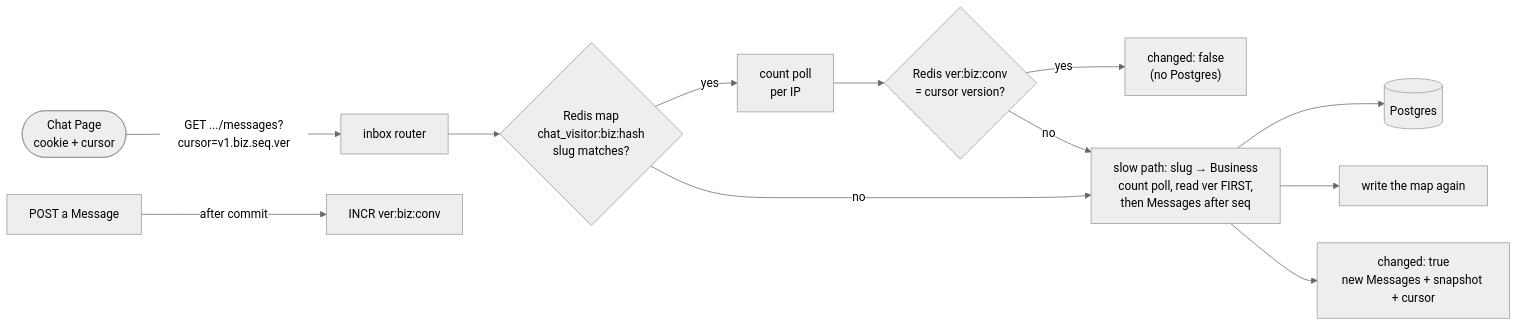
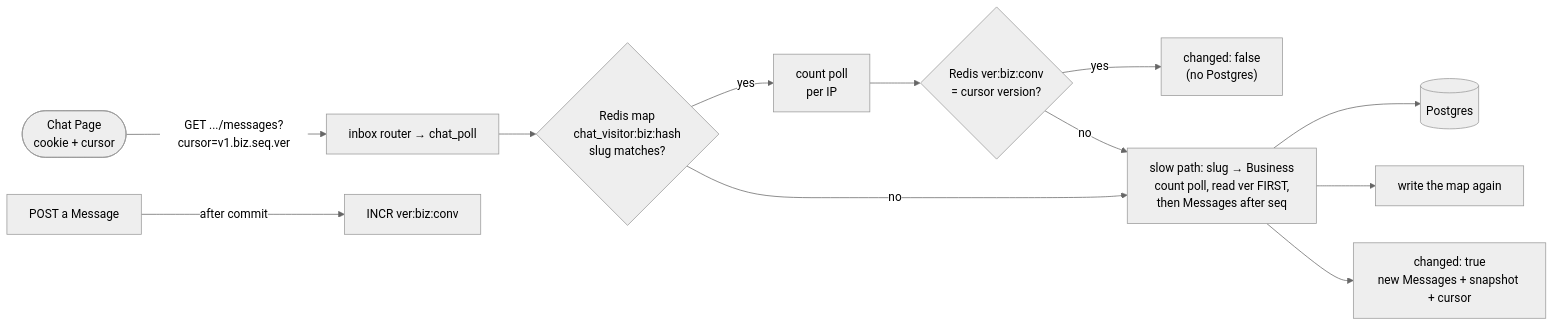
One commit to nithinmanayilghub/sevadesk changed the sixth of 6 diagrams in docs/learning/architecture-map.md. Above: the diagram before and after it, drawn with Mermaid (neutral theme). The commit also changed other lines of this file and 6 other files, not shown here.

First line of the commit message:
refactor(inbox): one Chat poll module owns the fast and slow paths

````diff
--- a/docs/learning/architecture-map.md
+++ b/docs/learning/architecture-map.md
@@ -168,14 +168,14 @@
 ```mermaid
 flowchart LR
-    CU([Chat Page<br/>cookie + cursor]) -->|"GET .../messages?cursor=v1.biz.seq.ver"| R[inbox router]
+    CU([Chat Page<br/>cookie + cursor]) -->|"GET .../messages?cursor=v1.biz.seq.ver"| R[inbox router → chat_poll]
     R --> M{Redis map<br/>chat_visitor:biz:hash<br/>slug matches?}
     M -->|yes| L1[count poll<br/>per IP]
     L1 --> V{Redis ver:biz:conv<br/>= cursor version?}
     V -->|yes| NC["changed: false<br/>(no Postgres)"]
     M -->|no| SLOW
     V -->|no| SLOW[slow path: slug → Business<br/>count poll, read ver FIRST,<br/>then Messages after seq]
     SLOW --> DB[(Postgres)]
     SLOW --> MAP[write the map again]
     SLOW --> NEW["changed: true<br/>new Messages + snapshot + cursor"]
     SEND[POST a Message] -->|after commit| BUMP[INCR ver:biz:conv]
 ```
````
